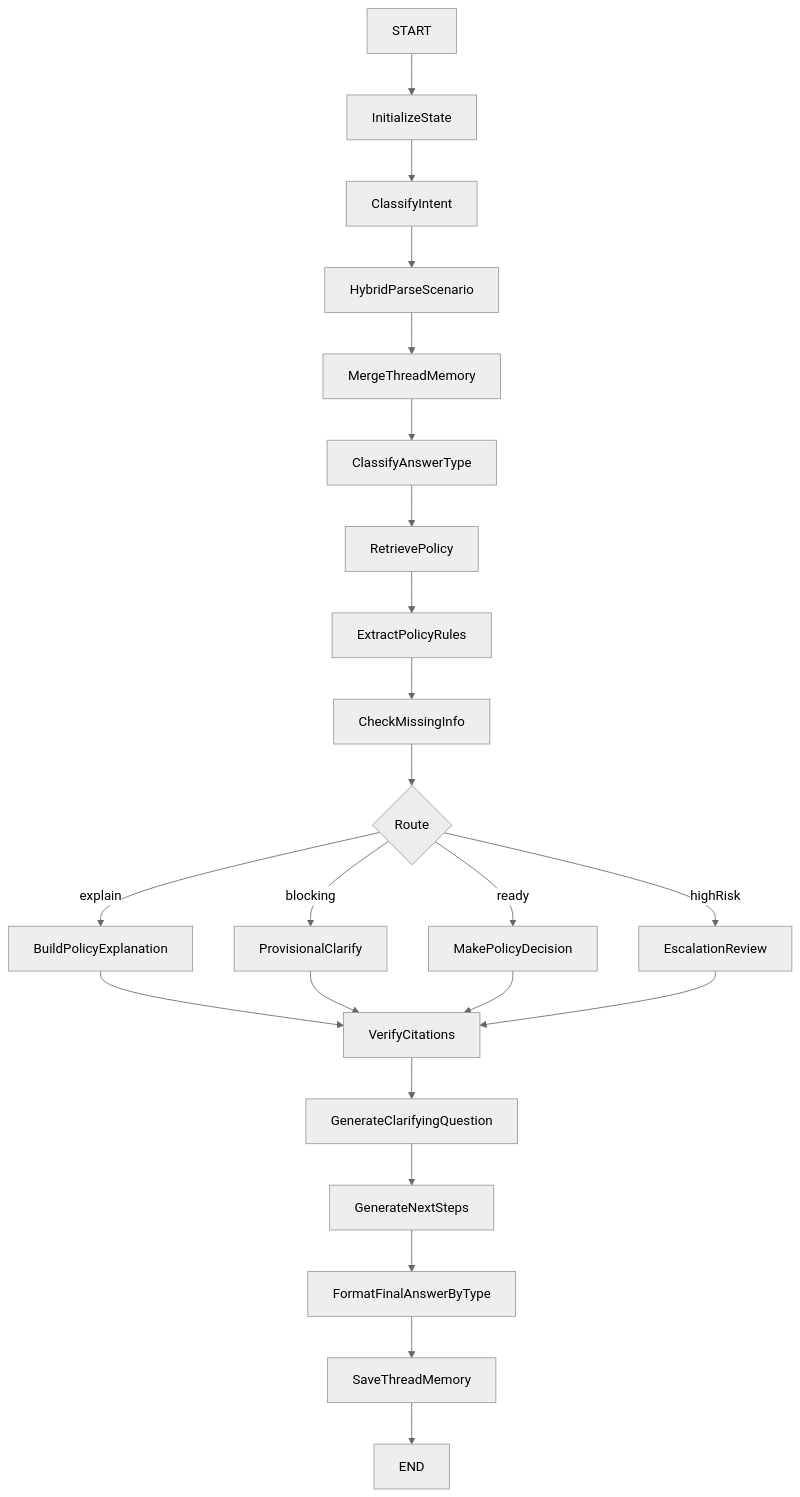
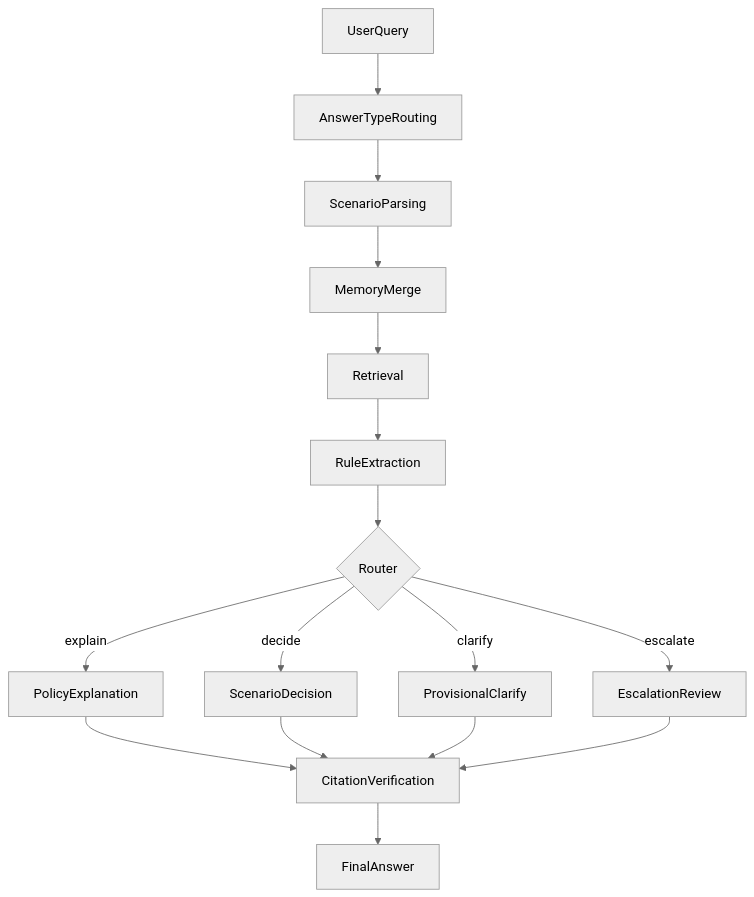
Before and after one commit to sybase91/policy-rag-assistant: the second of 2 diagrams in reports/architecture.md, drawn with Mermaid (neutral theme). The commit also changed other lines of this file and 17 other files, not shown here.

````diff
--- a/reports/architecture.md
+++ b/reports/architecture.md
@@ -32,25 +30,18 @@
 ```mermaid
 flowchart TD
-    startNode[START] --> initState[InitializeState]
-    initState --> intentNode[ClassifyIntent]
-    intentNode --> parseNode[HybridParseScenario]
-    parseNode --> memoryNode[MergeThreadMemory]
-    memoryNode --> answerTypeNode[ClassifyAnswerType]
-    answerTypeNode --> retrieveNode[RetrievePolicy]
-    retrieveNode --> extractRulesNode[ExtractPolicyRules]
-    extractRulesNode --> missingNode[CheckMissingInfo]
-    missingNode --> routerNode{Route}
-    routerNode -->|explain| explainNode[BuildPolicyExplanation]
-    routerNode -->|blocking| clarifyNode[ProvisionalClarify]
-    routerNode -->|ready| decideNode[MakePolicyDecision]
-    routerNode -->|highRisk| escalateNode[EscalationReview]
-    explainNode --> verifyNode[VerifyCitations]
-    clarifyNode --> verifyNode
-    decideNode --> verifyNode
-    escalateNode --> verifyNode
-    verifyNode --> clarifyQ[GenerateClarifyingQuestion]
-    clarifyQ --> nextNode[GenerateNextSteps]
-    nextNode --> formatNode[FormatFinalAnswerByType]
-    formatNode --> saveNode[SaveThreadMemory]
-    saveNode --> endNode[END]
+    userQuery[UserQuery] --> answerRouting[AnswerTypeRouting]
+    answerRouting --> scenarioParsing[ScenarioParsing]
+    scenarioParsing --> memoryMerge[MemoryMerge]
+    memoryMerge --> retrieval[Retrieval]
+    retrieval --> ruleExtraction[RuleExtraction]
+    ruleExtraction --> router{Router}
+    router -->|explain| explanation[PolicyExplanation]
+    router -->|decide| decision[ScenarioDecision]
+    router -->|clarify| clarify[ProvisionalClarify]
+    router -->|escalate| escalate[EscalationReview]
+    explanation --> verify[CitationVerification]
+    decision --> verify
+    clarify --> verify
+    escalate --> verify
+    verify --> finalAnswer[FinalAnswer]
 ```
````
